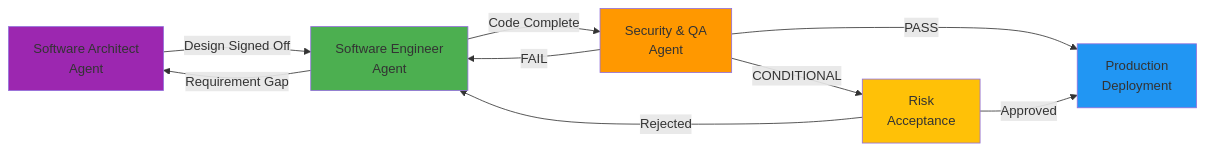
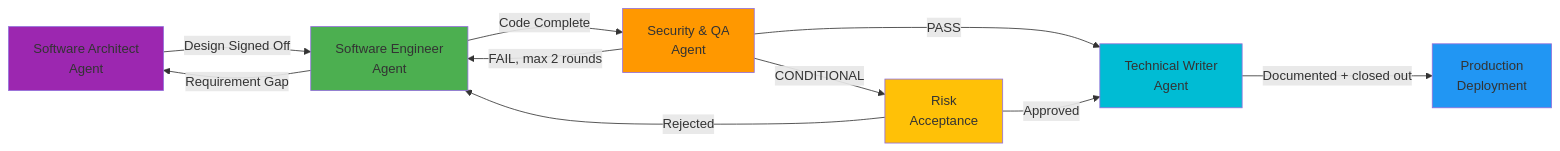
One commit to raandree/CopilotAtelier changed the diagram in com.github.copilot/agents/README.md. Above: the diagram before and after it, drawn with Mermaid. The commit also changed other lines of this file and 14 other files, not shown here.

````diff
--- a/com.github.copilot/agents/README.md
+++ b/com.github.copilot/agents/README.md
@@ -303,17 +354,19 @@
 ```mermaid
 flowchart LR
     Arch[Software Architect<br/>Agent] -->|Design Signed Off| Dev[Software Engineer<br/>Agent]
     Dev -->|Requirement Gap| Arch
     Dev -->|Code Complete| QA[Security & QA<br/>Agent]
-    QA -->|PASS| Prod[Production<br/>Deployment]
-    QA -->|FAIL| Dev
+    QA -->|PASS| Doc[Technical Writer<br/>Agent]
+    QA -->|FAIL, max 2 rounds| Dev
     QA -->|CONDITIONAL| Risk[Risk<br/>Acceptance]
-    Risk -->|Approved| Prod
+    Risk -->|Approved| Doc
     Risk -->|Rejected| Dev
+    Doc -->|Documented + closed out| Prod[Production<br/>Deployment]
 
     style Arch fill:#9C27B0
     style Dev fill:#4CAF50
     style QA fill:#FF9800
+    style Doc fill:#00BCD4
     style Prod fill:#2196F3
     style Risk fill:#FFC107
 ```
````
